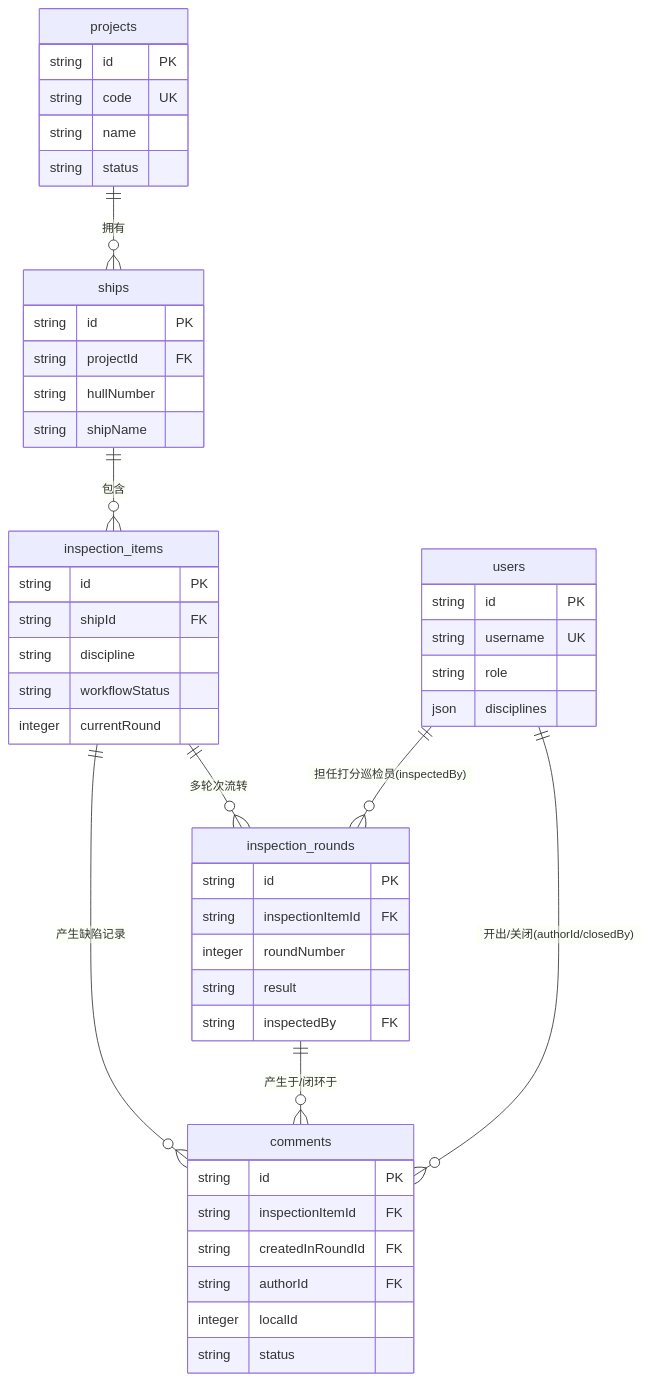
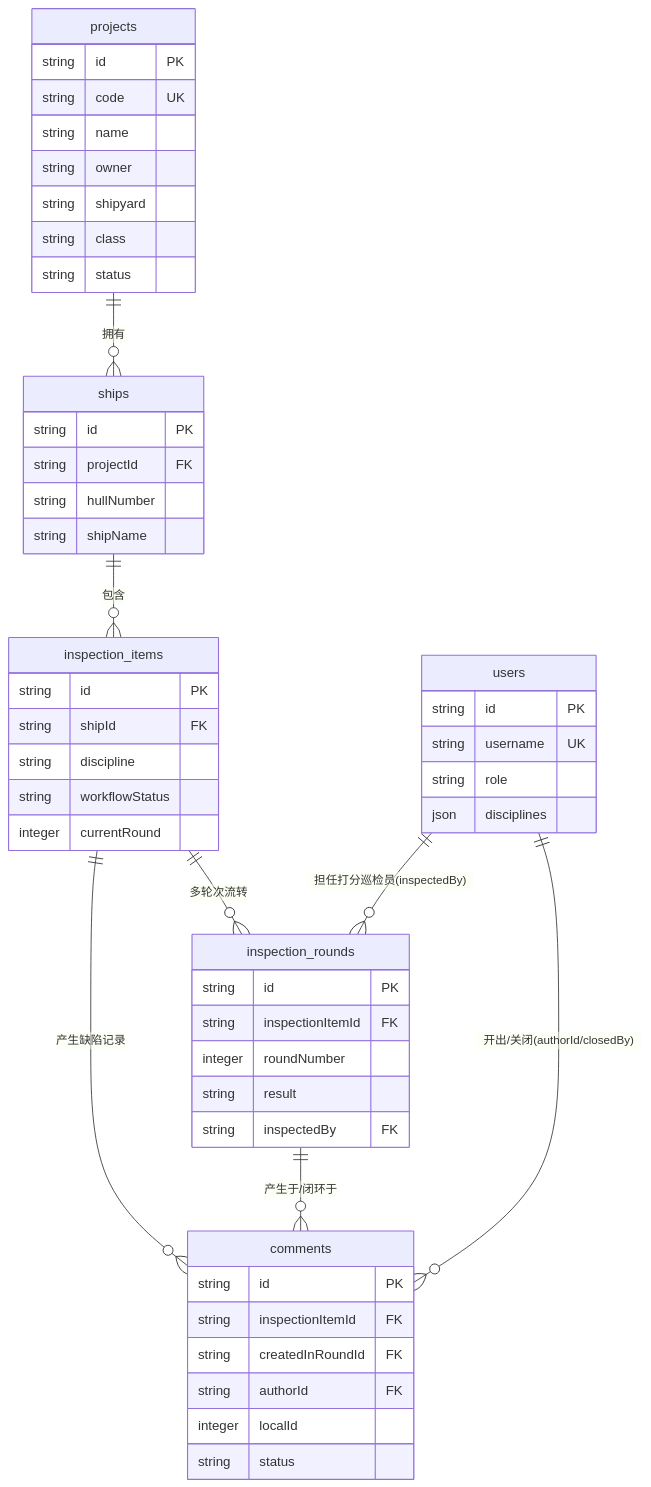
Before and after one commit to xingkaijun/nbins: the diagram in docs/database-schema.md, drawn with Mermaid. The commit also changed other lines of this file and 7 other files, not shown here.

Commit message:
特性: 项目维度补充 owner / shipyard / class 信息字段

````diff
--- a/docs/database-schema.md
+++ b/docs/database-schema.md
@@ -9,51 +9,54 @@
 ```mermaid
 erDiagram
     users {
         string id PK
         string username UK
         string role
         json disciplines
     }
     projects {
         string id PK
         string code UK
         string name
+        string owner
+        string shipyard
+        string class
         string status
     }
     ships {
         string id PK
         string projectId FK
         string hullNumber
         string shipName
     }
     inspection_items {
         string id PK
         string shipId FK
         string discipline
         string workflowStatus
         integer currentRound
     }
     inspection_rounds {
         string id PK
         string inspectionItemId FK
         integer roundNumber
         string result
         string inspectedBy FK
     }
     comments {
         string id PK
         string inspectionItemId FK
         string createdInRoundId FK
         string authorId FK
         integer localId
         string status
     }
 
     projects ||--o{ ships : "拥有"
     ships ||--o{ inspection_items : "包含"
     inspection_items ||--o{ inspection_rounds : "多轮次流转"
     inspection_items ||--o{ comments : "产生缺陷记录"
     inspection_rounds ||--o{ comments : "产生于/闭环于"
     users ||--o{ inspection_rounds : "担任打分巡检员(inspectedBy)"
     users ||--o{ comments : "开出/关闭(authorId/closedBy)"
 ```
````
